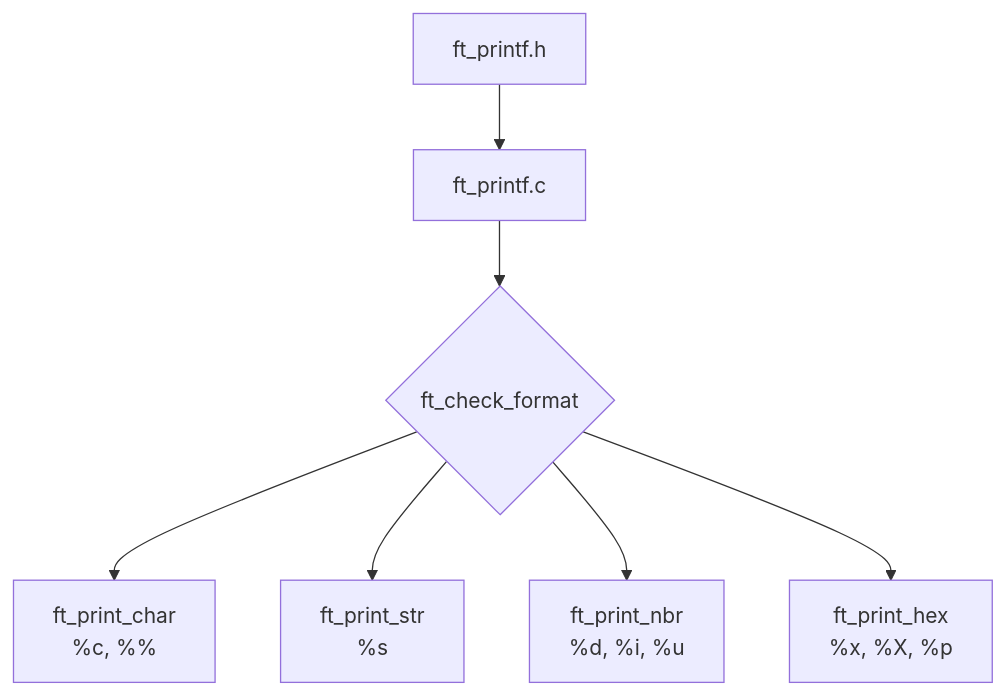
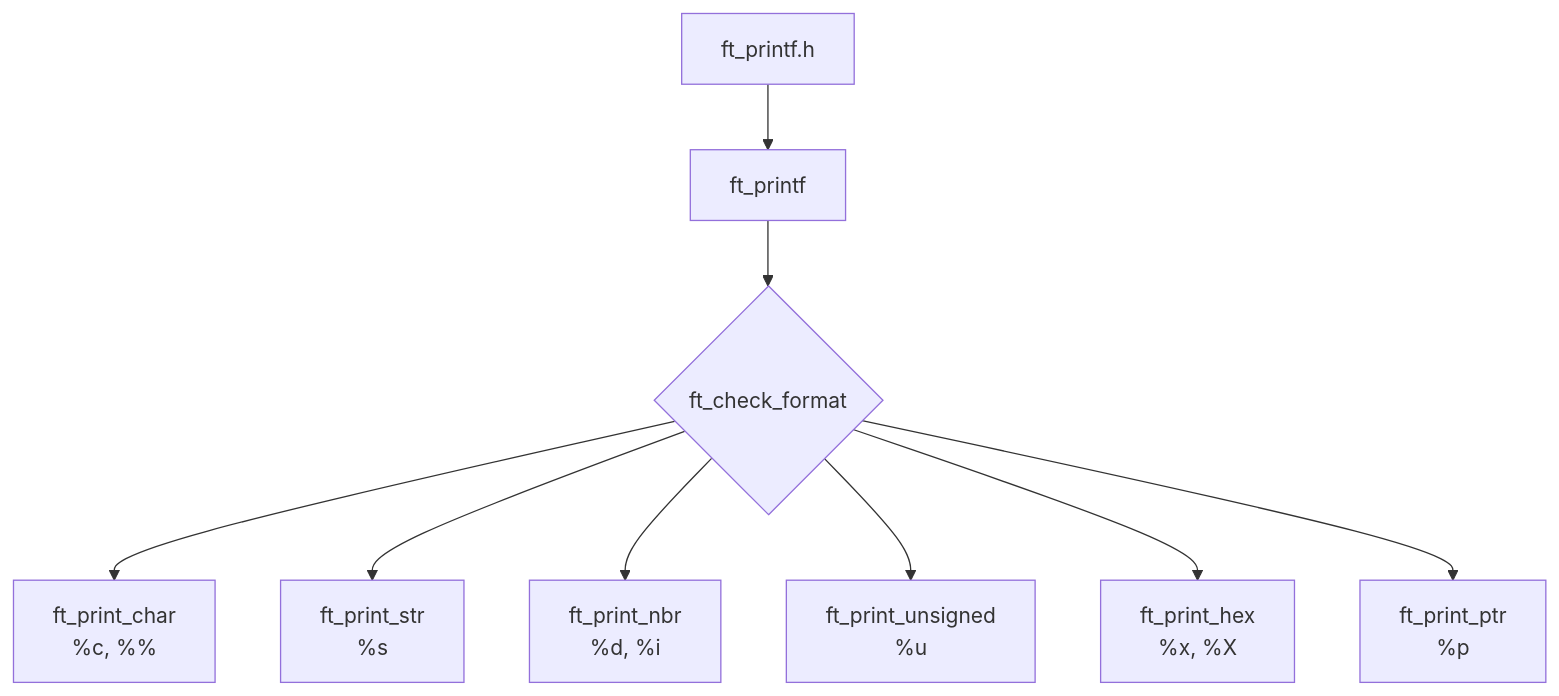
Before and after one commit to JQM-22/42: the diagram in cursus/milestone_1/1_ft_prinft/README.md, drawn with Mermaid. The commit also changed other lines of this file, not shown here.

Commit message:
ft_printf_readme fixes

````diff
--- a/cursus/milestone_1/1_ft_prinft/README.md
+++ b/cursus/milestone_1/1_ft_prinft/README.md
@@ -37,9 +66,11 @@
 ```mermaid
 graph TD
-    A[ft_printf.h] --> B[ft_printf.c]
+    A[ft_printf.h] --> B[ft_printf]
     B --> C{ft_check_format}
     C --> D[ft_print_char <br> %c, %%]
     C --> E[ft_print_str <br> %s]
-    C --> F[ft_print_nbr <br> %d, %i, %u]
-    C --> G[ft_print_hex <br> %x, %X, %p]
+    C --> F[ft_print_nbr <br> %d, %i]
+    C --> G[ft_print_unsigned <br> %u]
+    C --> H[ft_print_hex <br> %x, %X]
+    C --> I[ft_print_ptr <br> %p]
 ```
````
